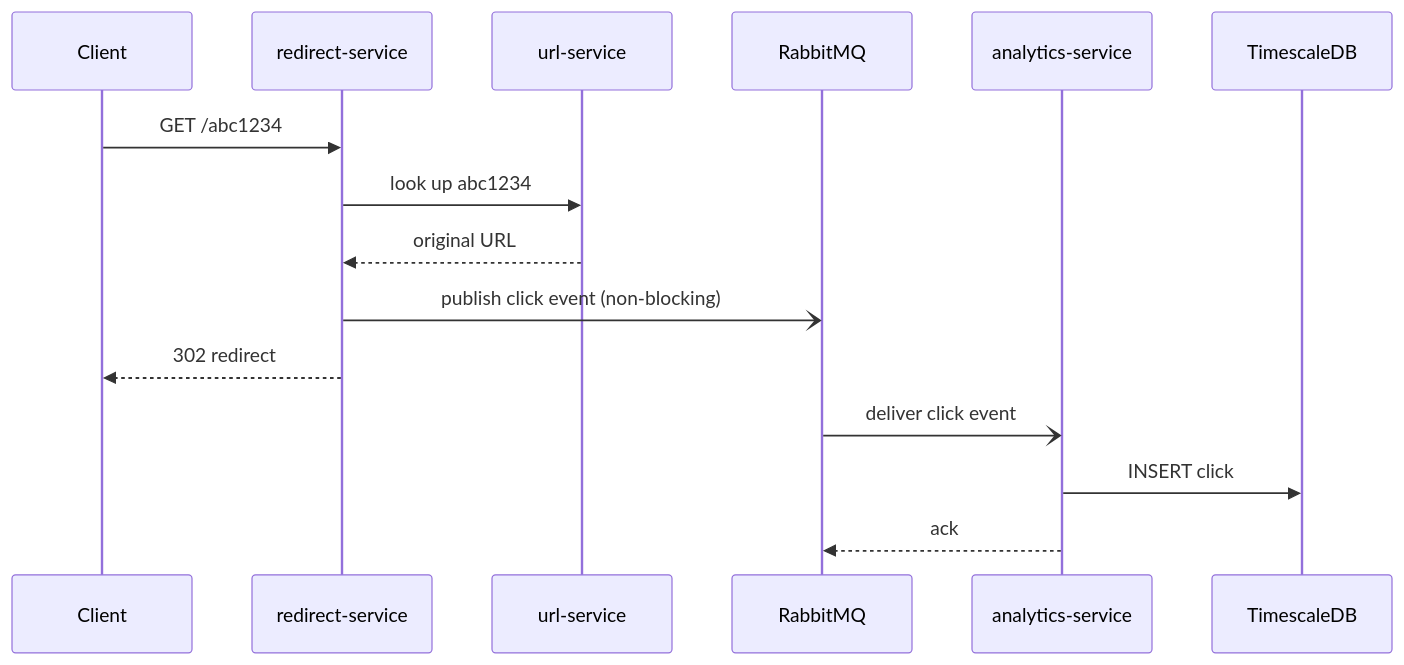
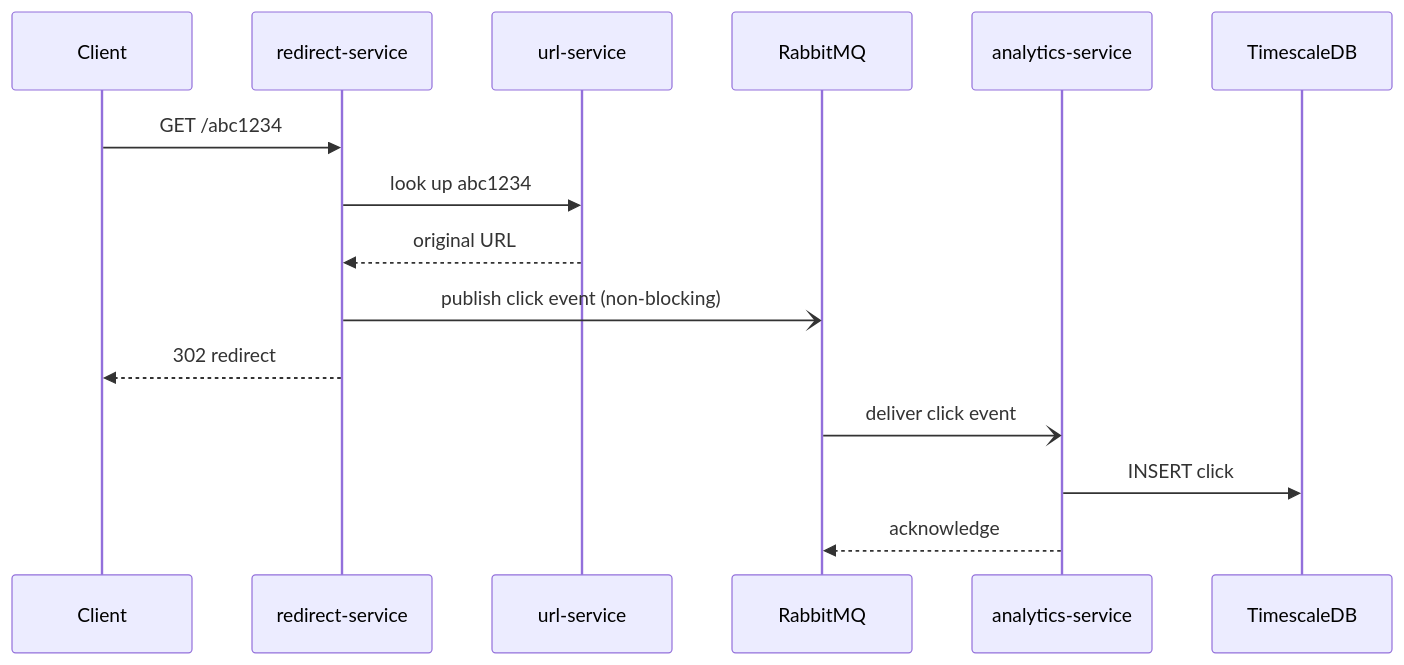
One commit to Thiranjshan/url-shortener changed the second of 3 diagrams in README.md. Above: the diagram before and after it, drawn with Mermaid. The commit also changed other lines of this file and 5 other files, not shown here.

````diff
--- a/README.md
+++ b/README.md
@@ -73,18 +91,18 @@
 ```mermaid
 sequenceDiagram
     participant C as Client
     participant R as redirect-service
     participant U as url-service
     participant Q as RabbitMQ
     participant A as analytics-service
     participant T as TimescaleDB
 
     C->>R: GET /abc1234
     R->>U: look up abc1234
     U-->>R: original URL
     R-)Q: publish click event (non-blocking)
     R-->>C: 302 redirect
     Q-)A: deliver click event
     A->>T: INSERT click
-    A-->>Q: ack
+    A-->>Q: acknowledge
 ```
````
